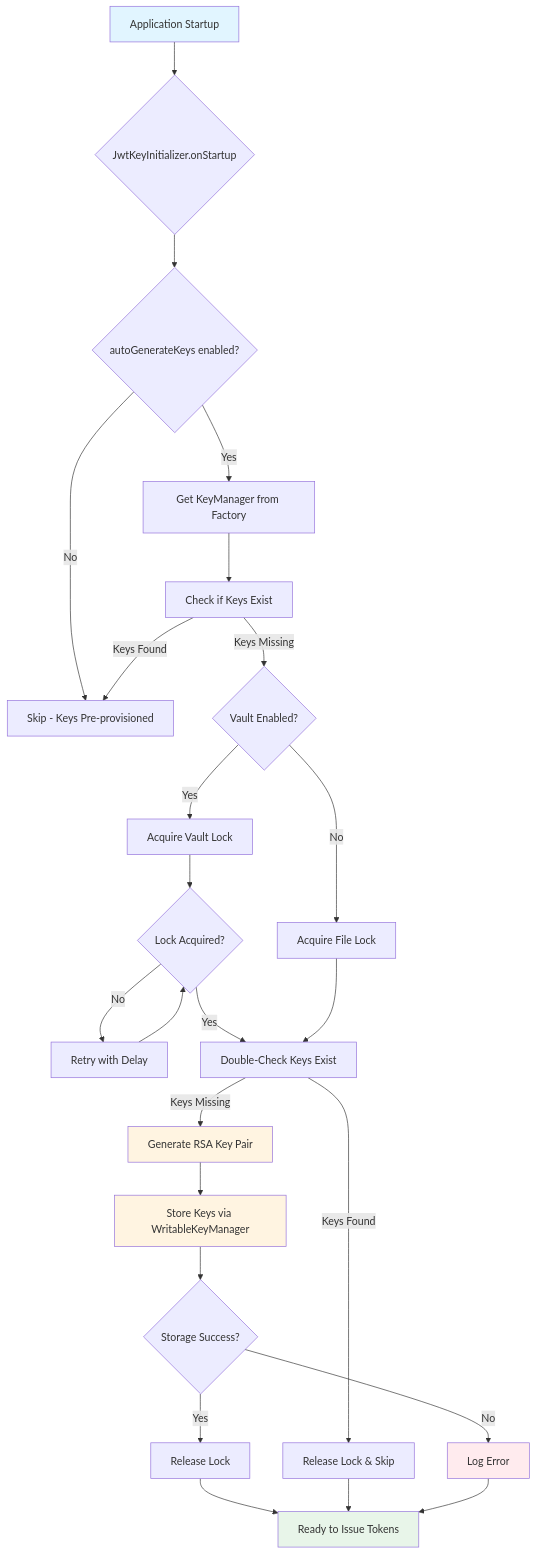
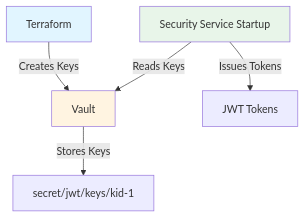
One commit to salomax/Neotool changed the first of 4 diagrams in docs/03-features/security/README.md. Above: the diagram before and after it, drawn with Mermaid. The commit also changed other lines of this file and 49 other files, not shown here.

First line of the commit message:
Refactor Security Module for Enhanced JWT Management and Key Handling

````diff
--- a/docs/03-features/security/README.md
+++ b/docs/03-features/security/README.md
@@ -274,32 +274,11 @@
 ```mermaid
 flowchart TD
-    A[Application Startup] --> B{JwtKeyInitializer.onStartup}
-    B --> C{autoGenerateKeys enabled?}
-    C -->|No| Z[Skip - Keys Pre-provisioned]
-    C -->|Yes| D[Get KeyManager from Factory]
-    D --> E[Check if Keys Exist]
-    E -->|Keys Found| Z
-    E -->|Keys Missing| F{Vault Enabled?}
-    F -->|Yes| G[Acquire Vault Lock]
-    F -->|No| H[Acquire File Lock]
-    G --> I{Lock Acquired?}
-    I -->|No| J[Retry with Delay]
-    J --> I
-    I -->|Yes| K[Double-Check Keys Exist]
-    H --> K
-    K -->|Keys Found| L[Release Lock & Skip]
-    K -->|Keys Missing| M[Generate RSA Key Pair]
-    M --> N[Store Keys via WritableKeyManager]
-    N --> O{Storage Success?}
-    O -->|Yes| P[Release Lock]
-    O -->|No| Q[Log Error]
-    P --> R[Ready to Issue Tokens]
-    L --> R
-    Q --> R
+    A[Terraform] -->|Creates Keys| B[Vault]
+    B -->|Stores Keys| C[secret/jwt/keys/kid-1]
+    D[Security Service Startup] -->|Reads Keys| B
+    D -->|Issues Tokens| E[JWT Tokens]
     
     style A fill:#e1f5ff
-    style M fill:#fff4e1
-    style N fill:#fff4e1
-    style R fill:#e8f5e9
-    style Q fill:#ffebee
+    style B fill:#fff4e1
+    style D fill:#e8f5e9
 ```
````
